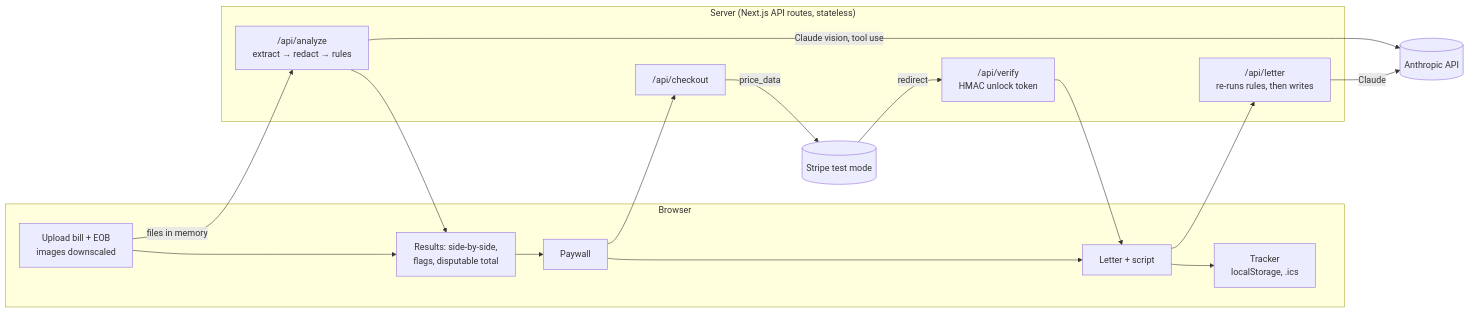
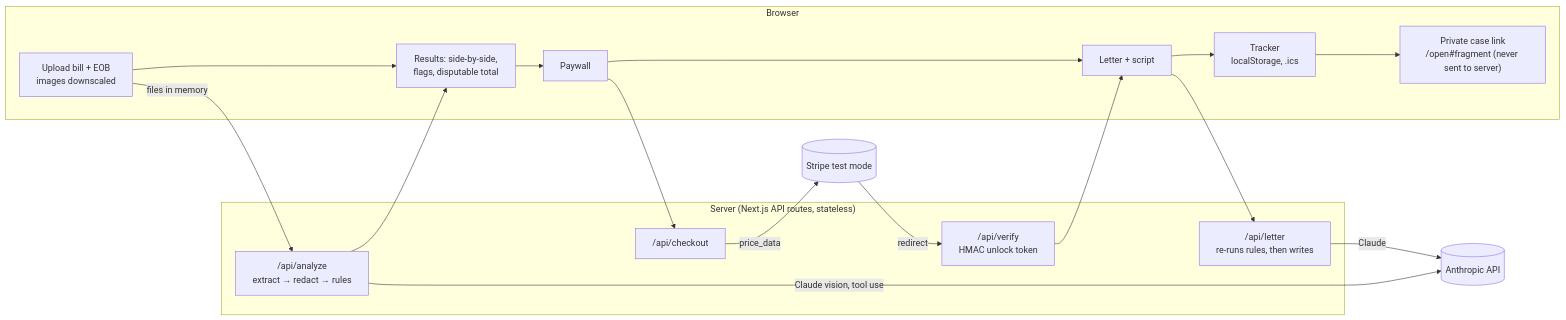
One commit to danialgabdolla-astana/Danial_Astana_Hakaton-Project changed the diagram in README.md. Above: the diagram before and after it, drawn with Mermaid. The commit also changed other lines of this file, not shown here.

First line of the commit message:
docs: live URL, second sample, case links and local details

````diff
--- a/README.md
+++ b/README.md
@@ -37,22 +39,23 @@
 ```mermaid
 flowchart LR
   subgraph Browser
     U[Upload bill + EOB<br/>images downscaled] --> R[Results: side-by-side,<br/>flags, disputable total]
     R --> P[Paywall]
     P --> L[Letter + script]
     L --> T[Tracker<br/>localStorage, .ics]
+    T --> K["Private case link<br/>/open#fragment (never sent to server)"]
   end
   subgraph "Server (Next.js API routes, stateless)"
     A["/api/analyze<br/>extract → redact → rules"] 
     C["/api/checkout"]
     V["/api/verify<br/>HMAC unlock token"]
     W["/api/letter<br/>re-runs rules, then writes"]
   end
   U -- files in memory --> A
   A -- Claude vision, tool use --> X[(Anthropic API)]
   A --> R
   P --> C -- price_data --> S[(Stripe test mode)]
   S -- redirect --> V
   V --> L
   L --> W -- Claude --> X
 ```
````
